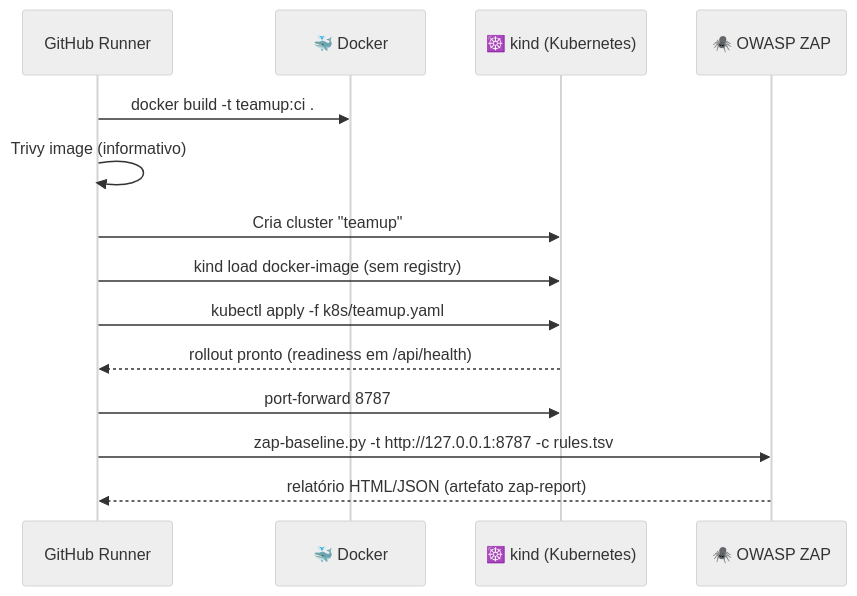
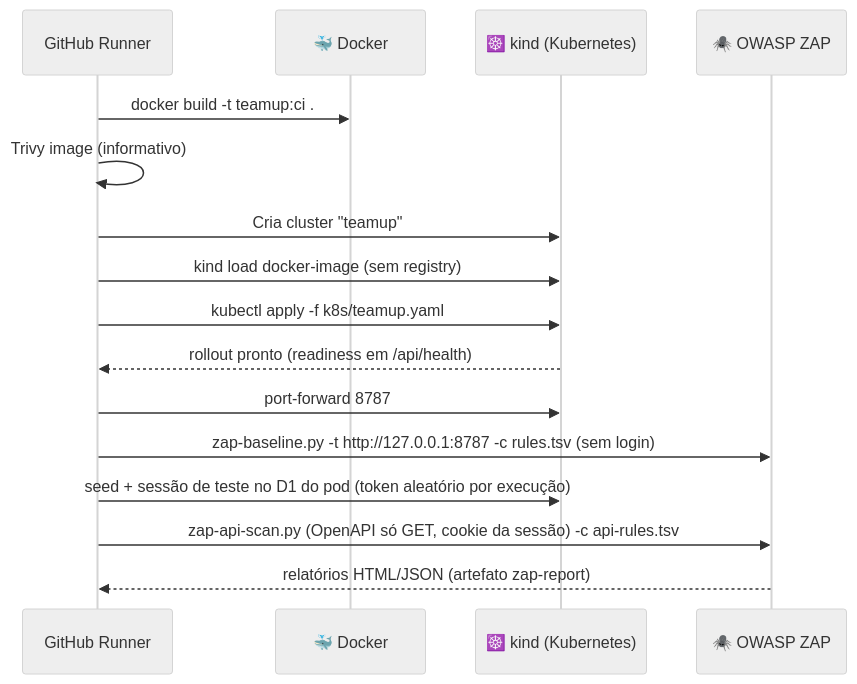
Before and after one commit to oliveiraleonardo918-ui/TeamUpDevWeb: the second of 3 diagrams in DEVSECOPS.md, drawn with Mermaid (neutral theme). The commit also changed other lines of this file and 5 other files, not shown here.

First line of the commit message:
ci: scan ativo autenticado do ZAP nas rotas logadas (RNF)

````diff
--- a/DEVSECOPS.md
+++ b/DEVSECOPS.md
@@ -117,17 +117,19 @@
 ```mermaid
 sequenceDiagram
     participant GH as GitHub Runner
     participant Docker as 🐳 Docker
     participant Kind as ☸️ kind (Kubernetes)
     participant ZAP as 🕷️ OWASP ZAP
 
     GH->>Docker: docker build -t teamup:ci .
     GH->>GH: Trivy image (informativo)
     GH->>Kind: Cria cluster "teamup"
     GH->>Kind: kind load docker-image (sem registry)
     GH->>Kind: kubectl apply -f k8s/teamup.yaml
     Kind-->>GH: rollout pronto (readiness em /api/health)
     GH->>Kind: port-forward 8787
-    GH->>ZAP: zap-baseline.py -t http://127.0.0.1:8787 -c rules.tsv
-    ZAP-->>GH: relatório HTML/JSON (artefato zap-report)
+    GH->>ZAP: zap-baseline.py -t http://127.0.0.1:8787 -c rules.tsv (sem login)
+    GH->>Kind: seed + sessão de teste no D1 do pod (token aleatório por execução)
+    GH->>ZAP: zap-api-scan.py (OpenAPI só GET, cookie da sessão) -c api-rules.tsv
+    ZAP-->>GH: relatórios HTML/JSON (artefato zap-report)
 ```
````
